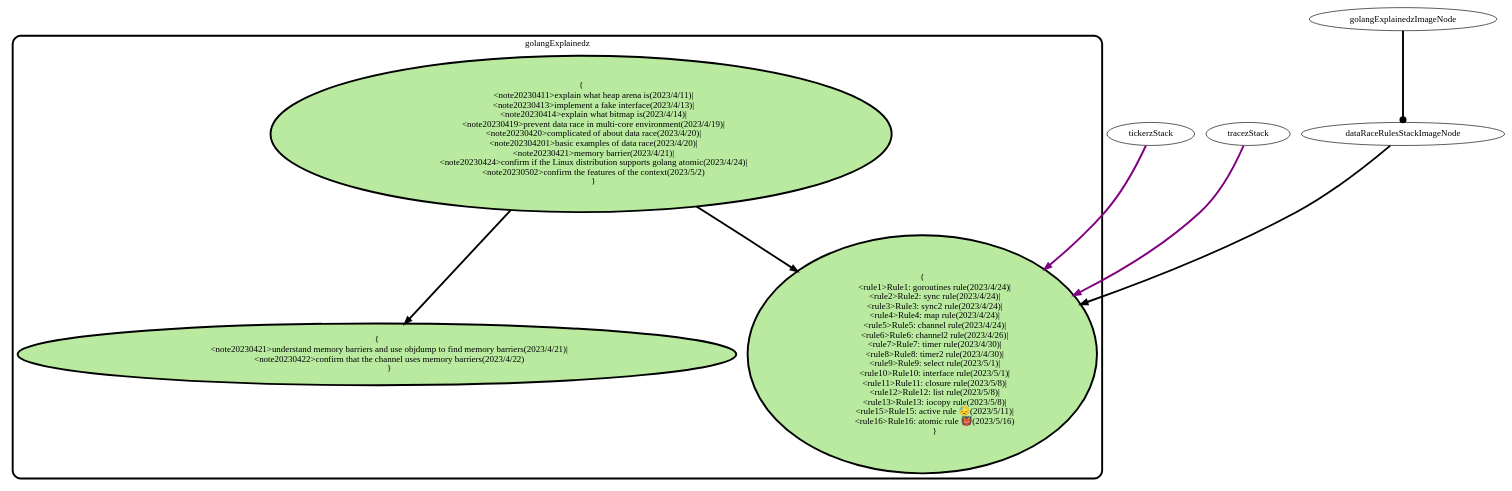
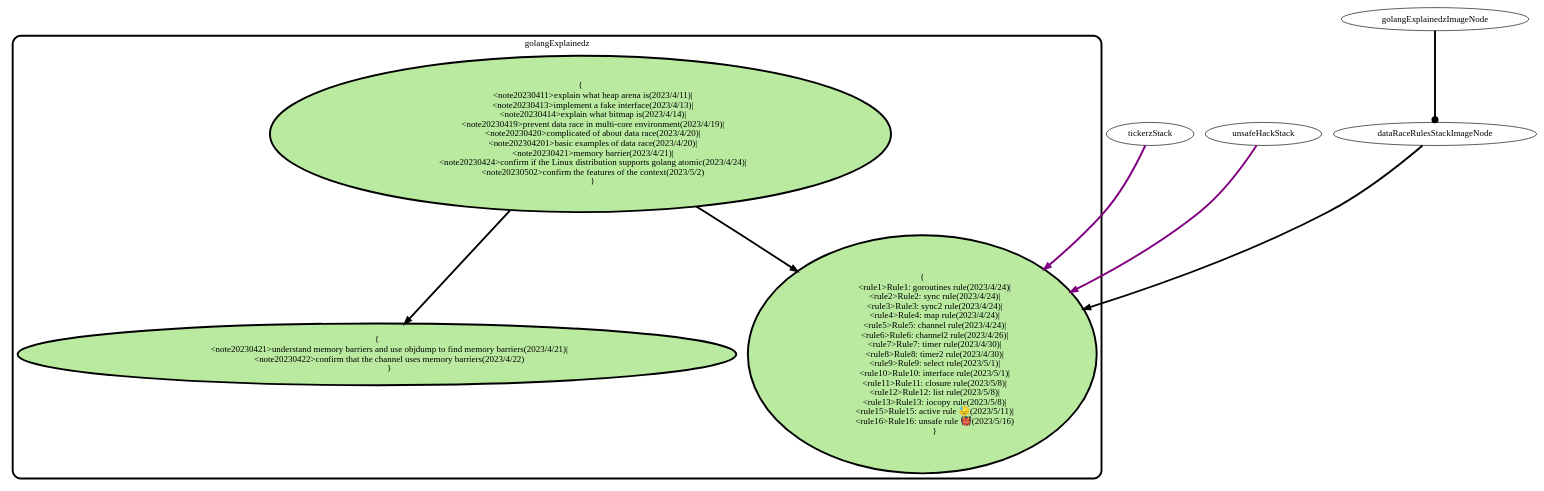
The diagram in roadmap/subRoadmaps/07golangNode.dot (panhongrainbow/panhongrainbow.github.io), drawn with Graphviz before and after one commit. The commit also changed 3 other files, not shown here.

First line of the commit message:
[roadmap] revises yesterday's roadmap record 😴.

```diff
--- a/roadmap/subRoadmaps/07golangNode.dot
+++ b/roadmap/subRoadmaps/07golangNode.dot
@@ -1,50 +1,50 @@
 digraph SubRoadmap {
     // (7) golang node
     subgraph cluster_golang_explain {
         style=rounded;
         penwidth=3;
         label="golangExplainedz";
         node [style=filled, penwidth=3, fillcolor="#B9EAA0"];
         golangExplainStack [label="{
             <note20230411>explain what heap arena is(2023/4/11)|
             <note20230413>implement a fake interface(2023/4/13)|
             <note20230414>explain what bitmap is(2023/4/14)|
             <note20230419>prevent data race in multi-core environment(2023/4/19)|
             <note20230420>complicated of about data race(2023/4/20)|
             <note202304201>basic examples of data race(2023/4/20)|
             <note20230421>memory barrier(2023/4/21)|
             <note20230424>confirm if the Linux distribution supports golang atomic(2023/4/24)|
             <note20230502>confirm the features of the context(2023/5/2)
             }", height=1];
         memoryBarrieStack [label="{
             <note20230421>understand memory barriers and use objdump to find memory barriers(2023/4/21)|
             <note20230422>confirm that the channel uses memory barriers(2023/4/22)
             }", height=1];
         dataRaceRulesStack [label="{
             <rule1>Rule1: goroutines rule(2023/4/24)|
             <rule2>Rule2: sync rule(2023/4/24)|
             <rule3>Rule3: sync2 rule(2023/4/24)|
             <rule4>Rule4: map rule(2023/4/24)|
             <rule5>Rule5: channel rule(2023/4/24)|
             <rule6>Rule6: channel2 rule(2023/4/26)|
             <rule7>Rule7: timer rule(2023/4/30)|
             <rule8>Rule8: timer2 rule(2023/4/30)|
             <rule9>Rule9: select rule(2023/5/1)|
             <rule10>Rule10: interface rule(2023/5/1)|
             <rule11>Rule11: closure rule(2023/5/8)|
             <rule12>Rule12: list rule(2023/5/8)|
             <rule13>Rule13: iocopy rule(2023/5/8)|
             <rule15>Rule15: active rule 😓(2023/5/11)|
-            <rule16>Rule16: atomic rule 👹(2023/5/16)
+            <rule16>Rule16: unsafe rule 👹(2023/5/16)
             }", height=1];
     }
     // feedback
     tickerzStack:note20230511 -> dataRaceRulesStack:rule15 [penwidth=3,color=purple];
-    tracezStack:note20230515 -> dataRaceRulesStack:rule16 [penwidth=3,color=purple];
+    unsafeHackStack:note20230516 -> dataRaceRulesStack:rule16 [penwidth=3,color=purple];
 
     // inner node
     golangExplainedzImageNode -> dataRaceRulesStackImageNode  [penwidth=3,arrowhead=dot];
     dataRaceRulesStackImageNode -> dataRaceRulesStack [penwidth=3];
     golangExplainStack:note20230420 -> dataRaceRulesStack [penwidth=3];
     golangExplainStack:note20230421 -> memoryBarrieStack [penwidth=3];
 /*end*/}
```
